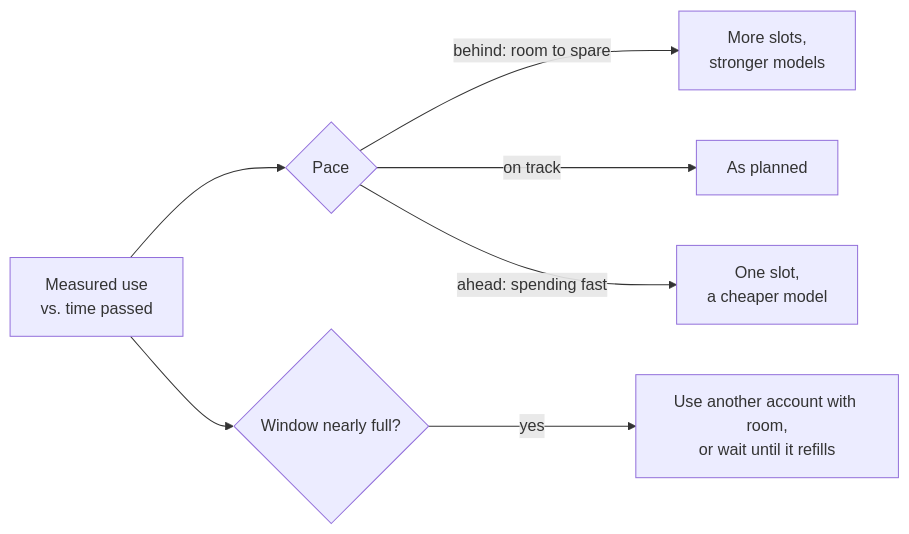
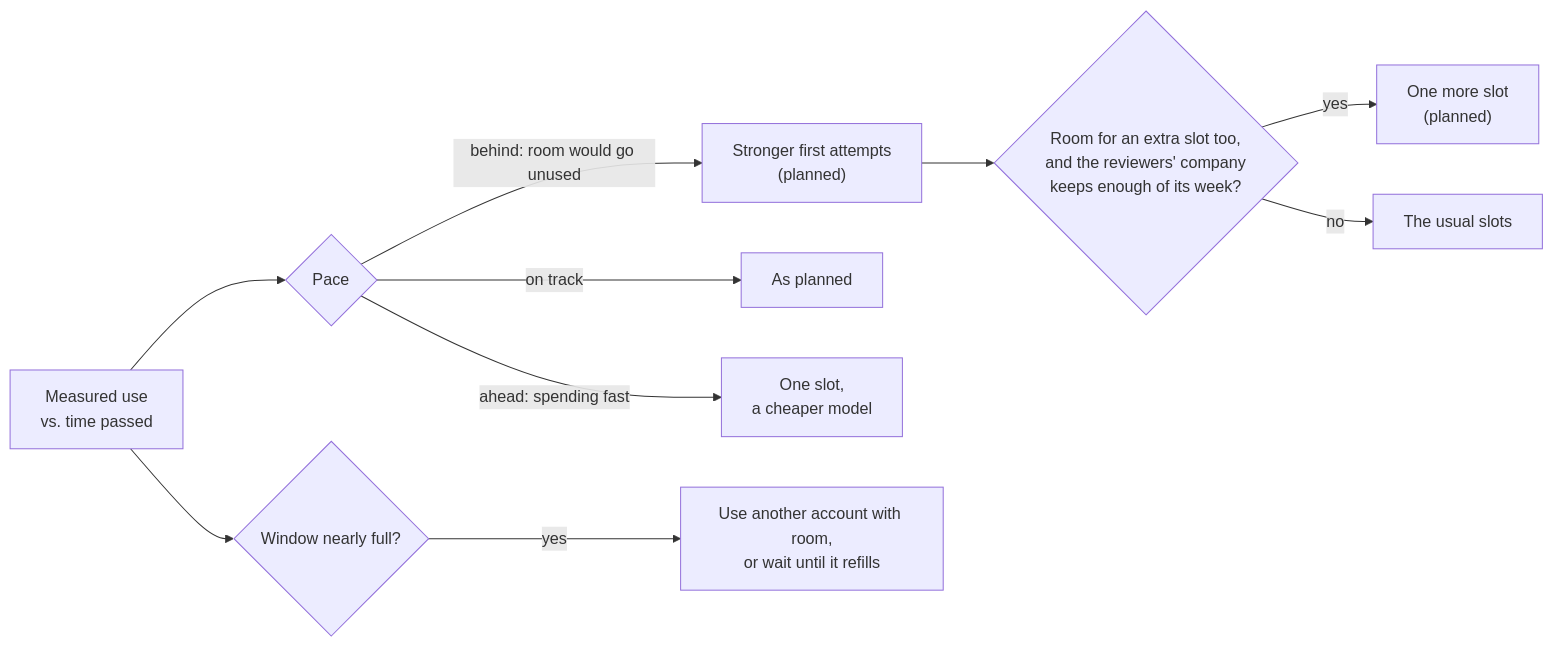
Before and after one commit to shinyredapples/intakt: the third of 4 diagrams in docs/guide/the-engine-room.md, drawn with Mermaid. The commit also changed other lines of this file and 3 other files, not shown here.

````diff
--- a/docs/guide/the-engine-room.md
+++ b/docs/guide/the-engine-room.md
@@ -109,9 +109,12 @@
 ```mermaid
 flowchart LR
   read[Measured use<br/>vs. time passed] --> pace{Pace}
-  pace -- "behind: room to spare" --> up[More slots,<br/>stronger models]
+  pace -- "behind: room would go unused" --> strong["Stronger first attempts<br/>(planned)"]
+  strong --> extra{"Room for an extra slot too,<br/>and the reviewers' company<br/>keeps enough of its week?"}
+  extra -- yes --> up["One more slot<br/>(planned)"]
+  extra -- no --> same[The usual slots]
   pace -- "on track" --> keep[As planned]
   pace -- "ahead: spending fast" --> down[One slot,<br/>a cheaper model]
   read --> ceiling{Window nearly full?}
   ceiling -- yes --> wait[Use another account with room,<br/>or wait until it refills]
 ```
````
